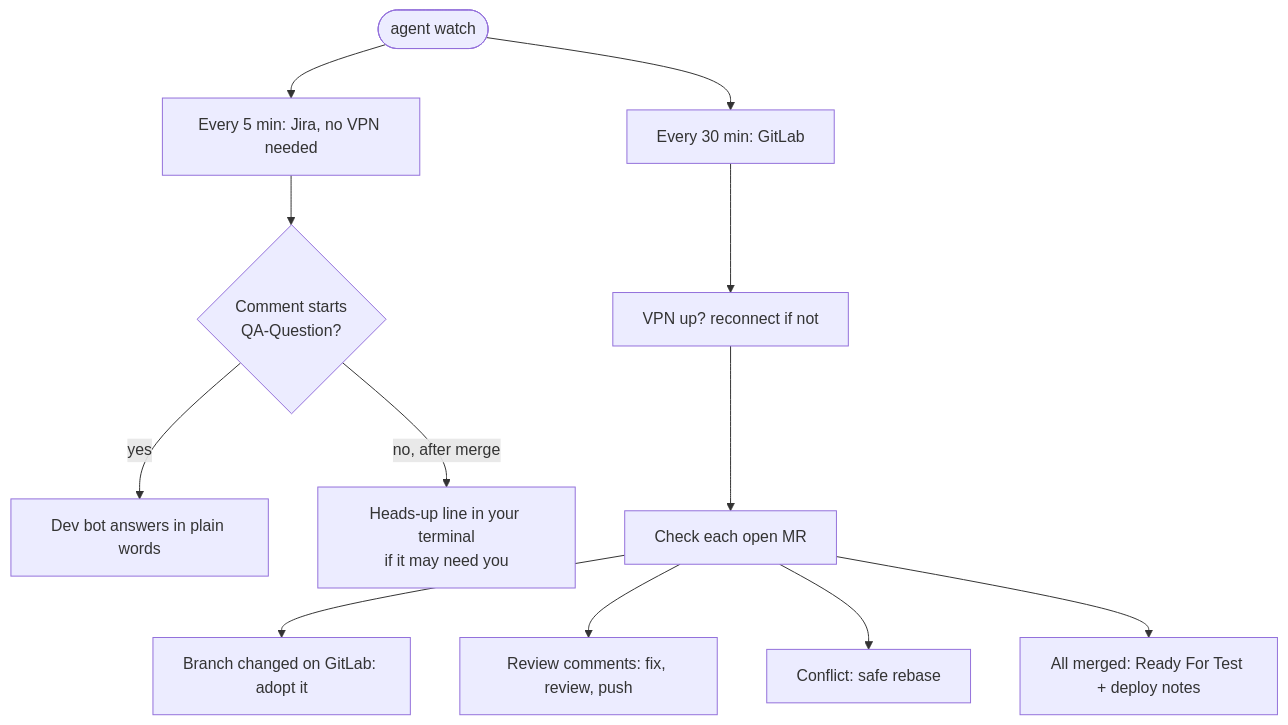
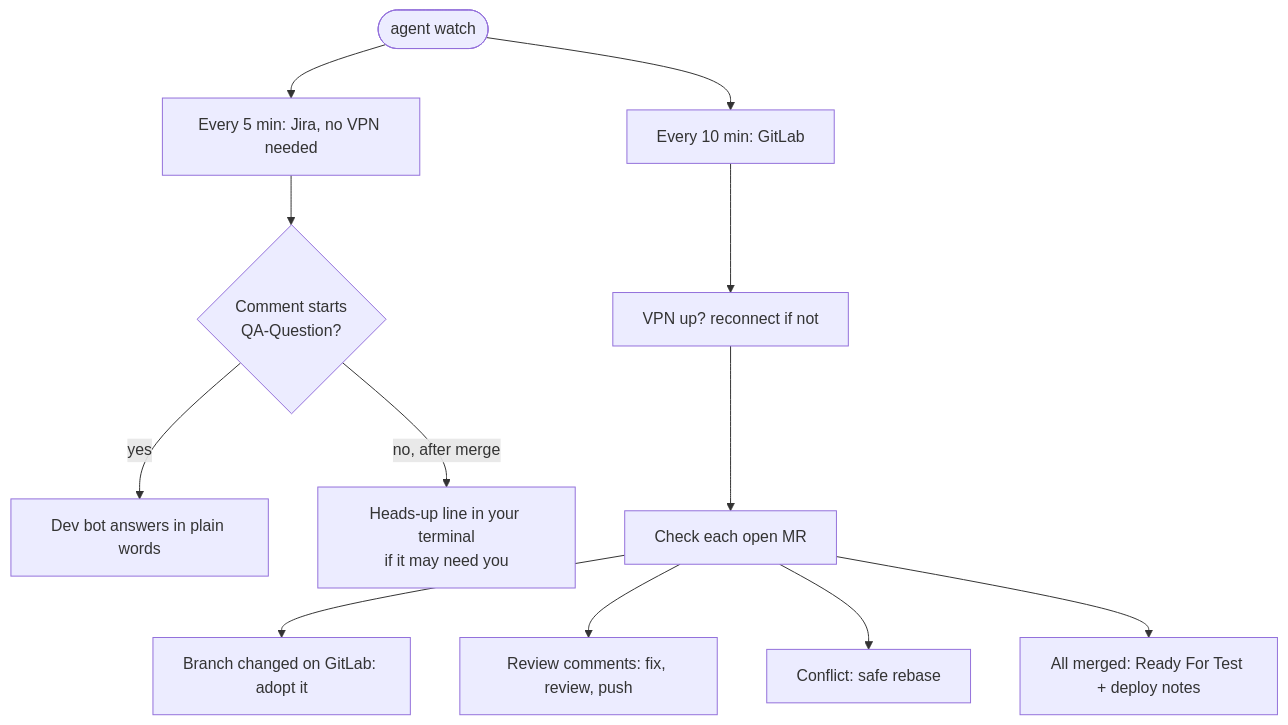
The eighth of 10 diagrams in docs/how-it-works.md (pratapshuru/closio-agent), drawn with Mermaid before and after one commit. The commit also changed 3 other files, not shown here.

````diff
--- a/docs/how-it-works.md
+++ b/docs/how-it-works.md
@@ -484,14 +484,14 @@
 ```mermaid
 flowchart TD
   W([agent watch]) --> J[Every 5 min: Jira, no VPN needed]
-  W --> G[Every 30 min: GitLab]
+  W --> G[Every 10 min: GitLab]
   J --> Q{Comment starts<br/>QA-Question?}
   Q -- yes --> A[Dev bot answers in plain words]
   Q -- no, after merge --> H[Heads-up line in your terminal<br/>if it may need you]
   G --> V[VPN up? reconnect if not]
   V --> S[Check each open MR]
   S --> B[Branch changed on GitLab: adopt it]
   S --> C[Review comments: fix, review, push]
   S --> R[Conflict: safe rebase]
   S --> M[All merged: Ready For Test + deploy notes]
 ```
````
